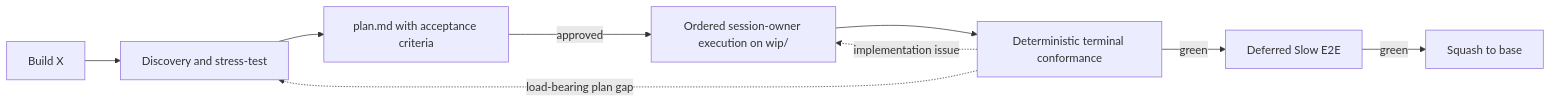
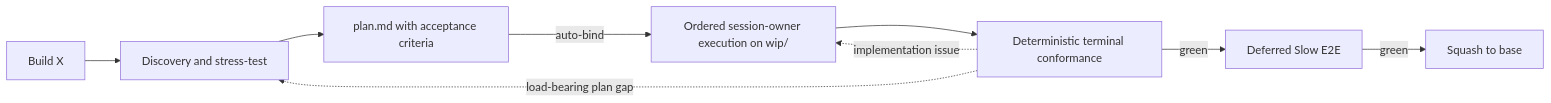
The diagram in README.md (babymum7/gsd), drawn with Mermaid before and after one commit. The commit also changed other lines of this file and 17 other files, not shown here.

First line of the commit message:
Redesign GSD flow: auto-bind plans and inline single-task waves

````diff
--- a/README.md
+++ b/README.md
@@ -44,11 +44,11 @@
 ```mermaid
 flowchart LR
     U["Build X"] --> B[Discovery and stress-test]
     B --> P[plan.md with acceptance criteria]
-    P -->|approved| E[Ordered session-owner execution on wip/]
+    P -->|auto-bind| E[Ordered session-owner execution on wip/]
     E --> V[Deterministic terminal conformance]
     V -->|green| S[Deferred Slow E2E]
     S -->|green| M[Squash to base]
     V -.implementation issue.-> E
     V -.load-bearing plan gap.-> B
 ```
````
